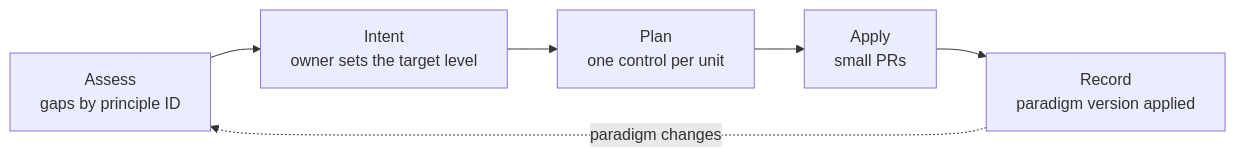
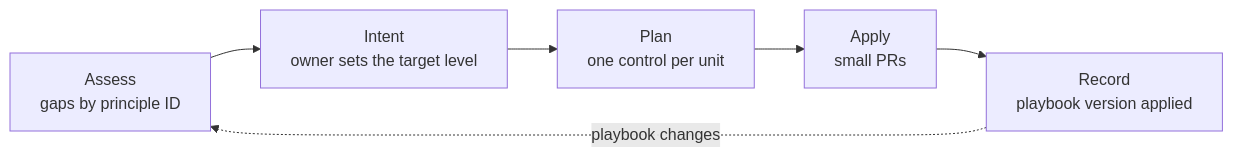
The diagram in plugins/flywheel/docs/adoption.md (ScottHysom/claude-plugins), drawn with Mermaid before and after one commit. The commit also changed other lines of this file and 18 other files, not shown here.

````diff
--- a/plugins/flywheel/docs/adoption.md
+++ b/plugins/flywheel/docs/adoption.md
@@ -7,8 +7,8 @@
 ```mermaid
 flowchart LR
   A[Assess<br/>gaps by principle ID] --> I[Intent<br/>owner sets the target level]
   I --> P[Plan<br/>one control per unit]
   P --> AP[Apply<br/>small PRs]
-  AP --> R[Record<br/>paradigm version applied]
-  R -. paradigm changes .-> A
+  AP --> R[Record<br/>playbook version applied]
+  R -. playbook changes .-> A
 ```
````
